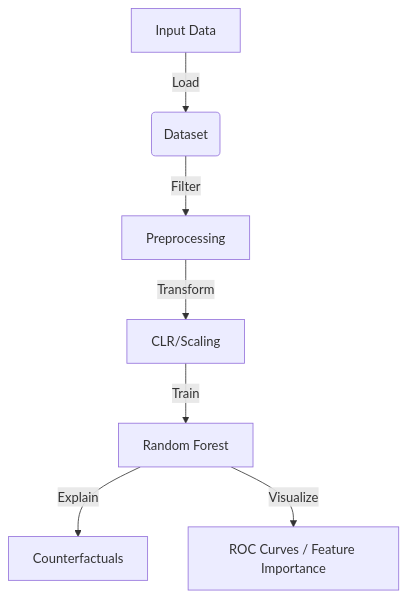
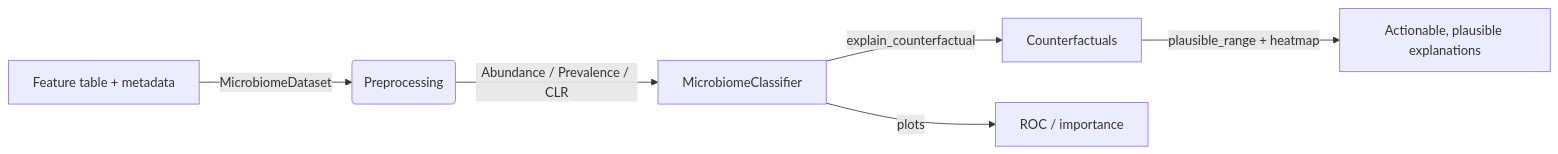
The diagram in docs/index.rst (simeonhebrew/MicroFactual), drawn with Mermaid before and after one commit. The commit also changed other lines of this file and 6 other files, not shown here.

```diff
--- a/docs/index.rst
+++ b/docs/index.rst
@@ -21,9 +23,8 @@
 .. mermaid::
 
-    flowchart TD
-        A[Input Data] -->|Load| B(Dataset)
-        B -->|Filter| C[Preprocessing]
-        C -->|Transform| D[CLR/Scaling]
-        D -->|Train| E[Random Forest]
-        E -->|Explain| F[Counterfactuals]
-        E -->|Visualize| G[ROC Curves / Feature Importance]
+    flowchart LR
+        A[Feature table + metadata] -->|MicrobiomeDataset| B(Preprocessing)
+        B -->|Abundance / Prevalence / CLR| C[MicrobiomeClassifier]
+        C -->|explain_counterfactual| D[Counterfactuals]
+        C -->|plots| E[ROC / importance]
+        D -->|plausible_range + heatmap| F[Actionable, plausible explanations]
```
